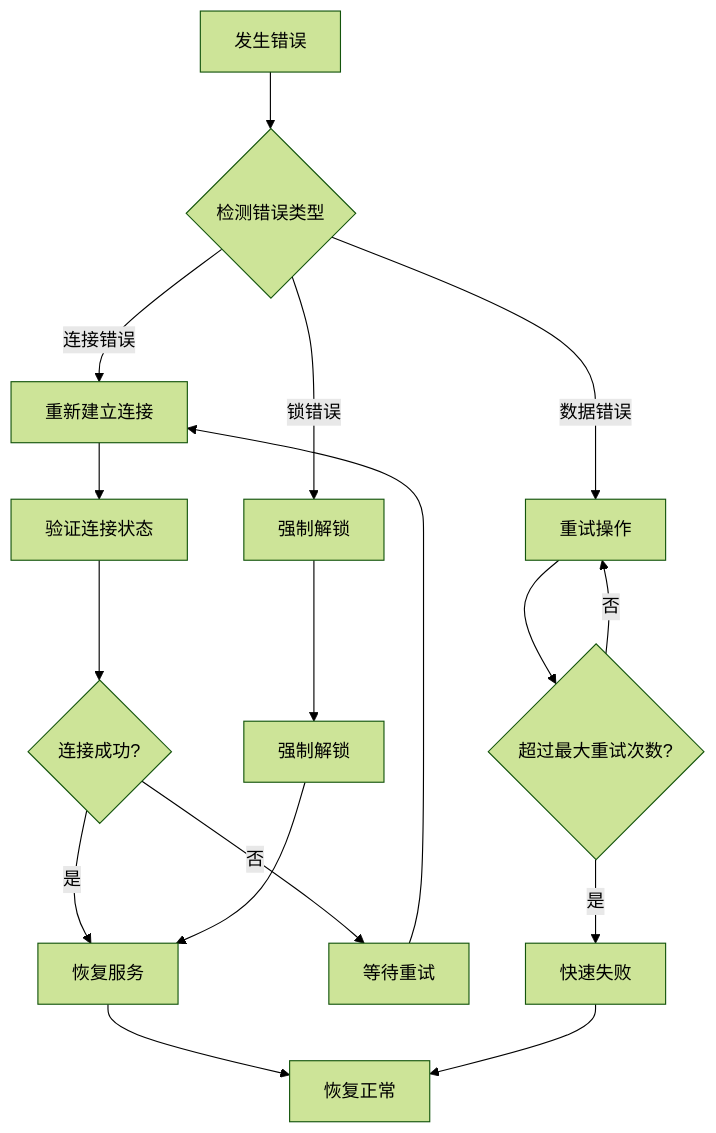
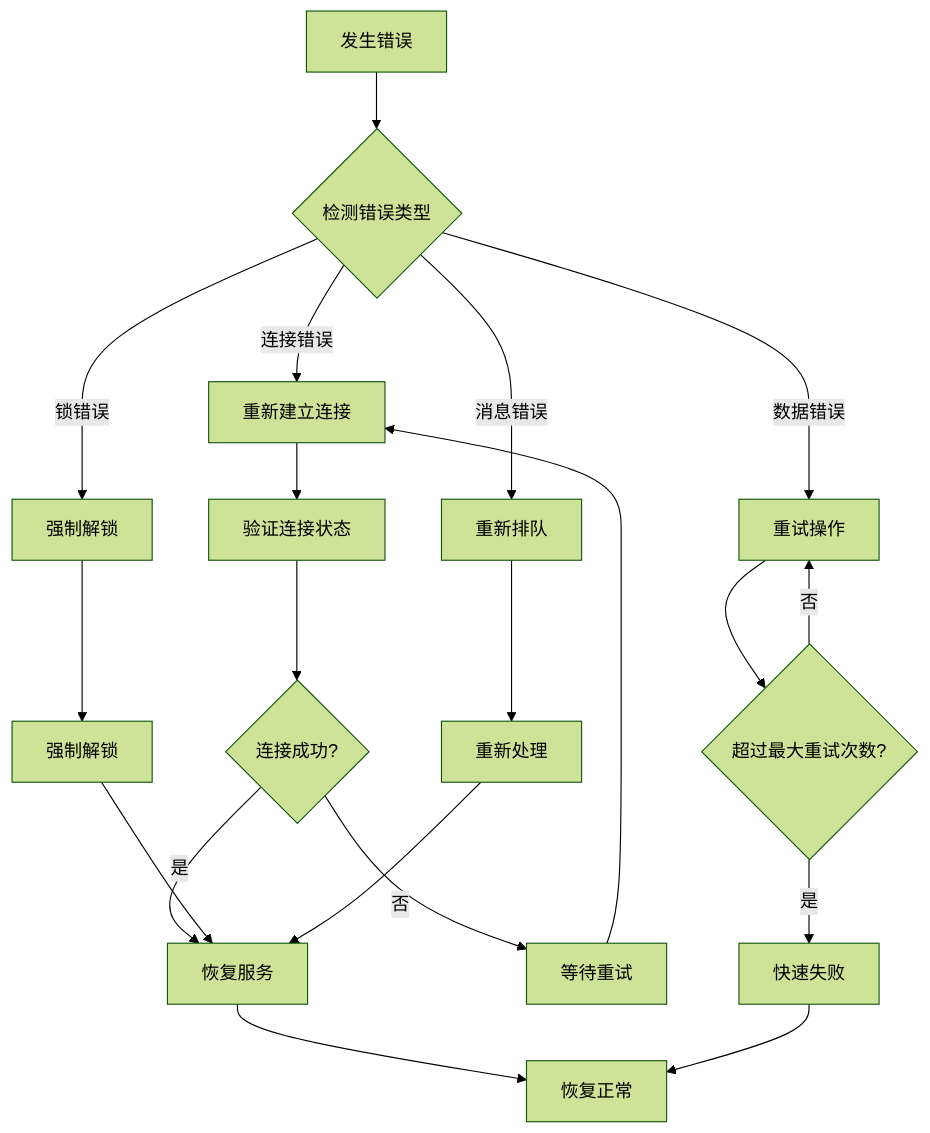
One commit to ossworker/vertx-starter changed diagram 19 of 19 in .qoder/repowiki/zh/content/分布式功能实现.md. Above: the diagram before and after it, drawn with Mermaid (forest theme). The commit also changed other lines of this file and 7 other files, not shown here.

````diff
--- a/.qoder/repowiki/zh/content/分布式功能实现.md
+++ b/.qoder/repowiki/zh/content/分布式功能实现.md
@@ -516,19 +719,22 @@
 ```mermaid
 flowchart TD
 Error[发生错误] --> DetectType{检测错误类型}
 DetectType --> |连接错误| Reconnect[重新建立连接]
 DetectType --> |数据错误| Retry[重试操作]
 DetectType --> |锁错误| Unlock[强制解锁]
+DetectType --> |消息错误| Requeue[重新排队]
 Reconnect --> Verify[验证连接状态]
 Verify --> Success{连接成功?}
 Success --> |是| Resume[恢复服务]
 Success --> |否| Wait[等待重试]
 Retry --> MaxRetry{超过最大重试次数?}
 MaxRetry --> |否| Retry
 MaxRetry --> |是| FailFast[快速失败]
 Unlock --> ForceUnlock[强制解锁]
 ForceUnlock --> Resume
+Requeue --> Reprocess[重新处理]
+Reprocess --> Resume
 Resume --> End[恢复正常]
 Wait --> Reconnect
 FailFast --> End
 ```
````
